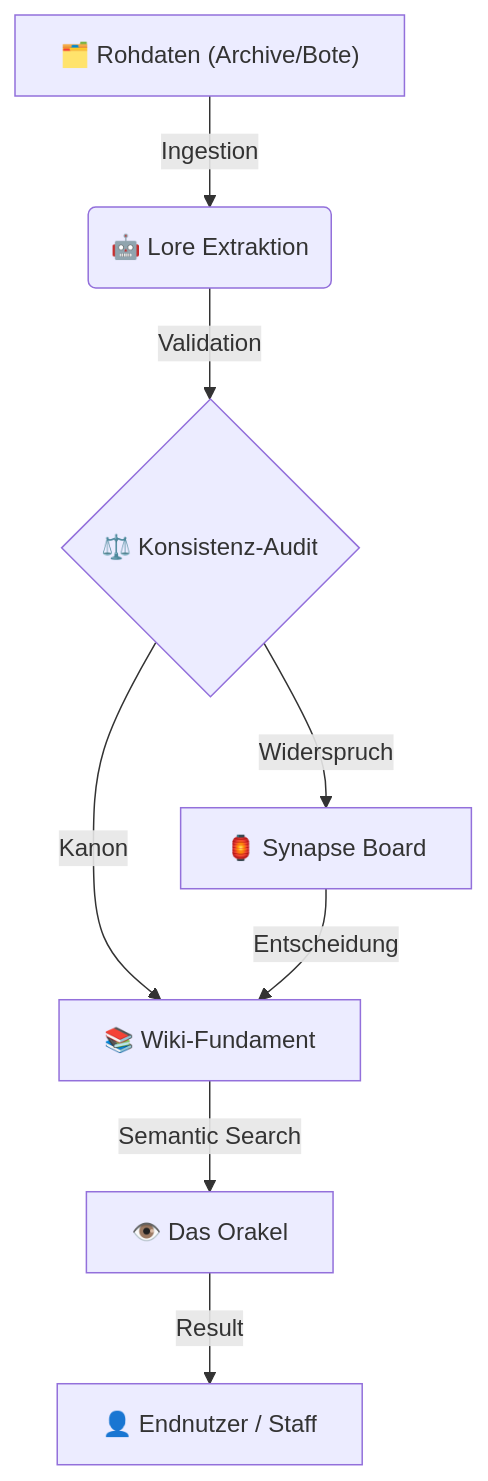
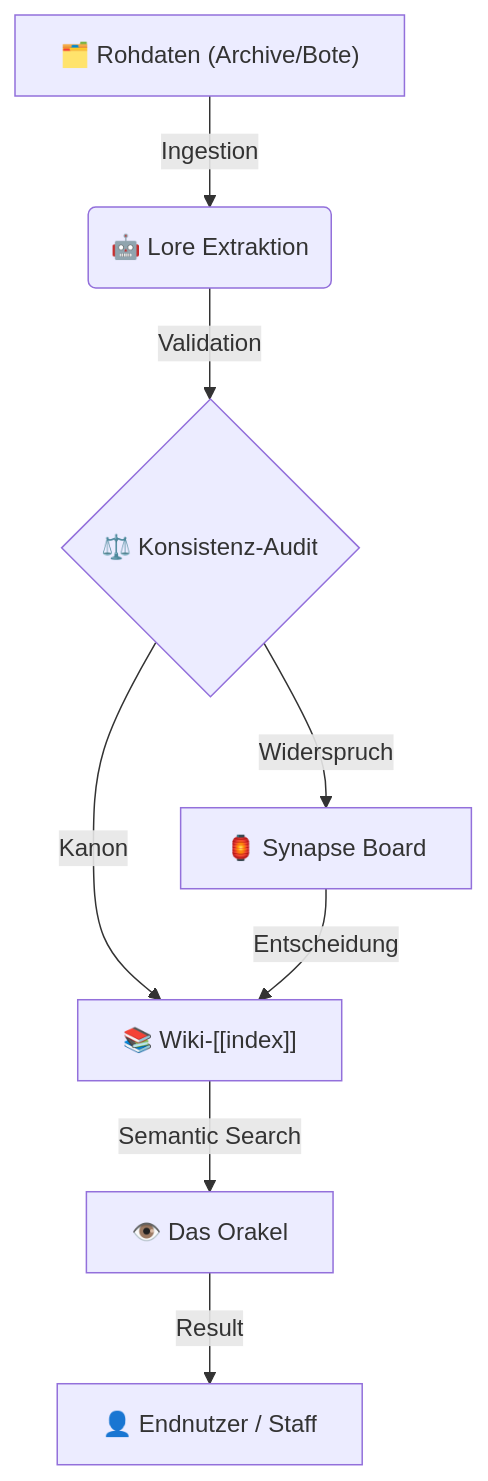
The diagram in Siebenwind_Wiki/index.md (Siebenwind/7w_wiki), drawn with Mermaid before and after one commit. The commit also changed other lines of this file and 742 other files, not shown here.

````diff
--- a/Siebenwind_Wiki/index.md
+++ b/Siebenwind_Wiki/index.md
@@ -33,10 +33,10 @@
 ```mermaid
 graph TD
     A["🗂️ Rohdaten (Archive/Bote)"] -->|Ingestion| B("🤖 Lore Extraktion")
     B -->|Validation| C{"⚖️ Konsistenz-Audit"}
-    C -->|Kanon| D["📚 Wiki-Fundament"]
+    C -->|Kanon| D["📚 Wiki-[[index]]"]
     C -->|Widerspruch| E["🏮 Synapse Board"]
     E -->|Entscheidung| D
     D -->|Semantic Search| F["👁️ Das Orakel"]
     F -->|Result| G["👤 Endnutzer / Staff"]
 ```
````
